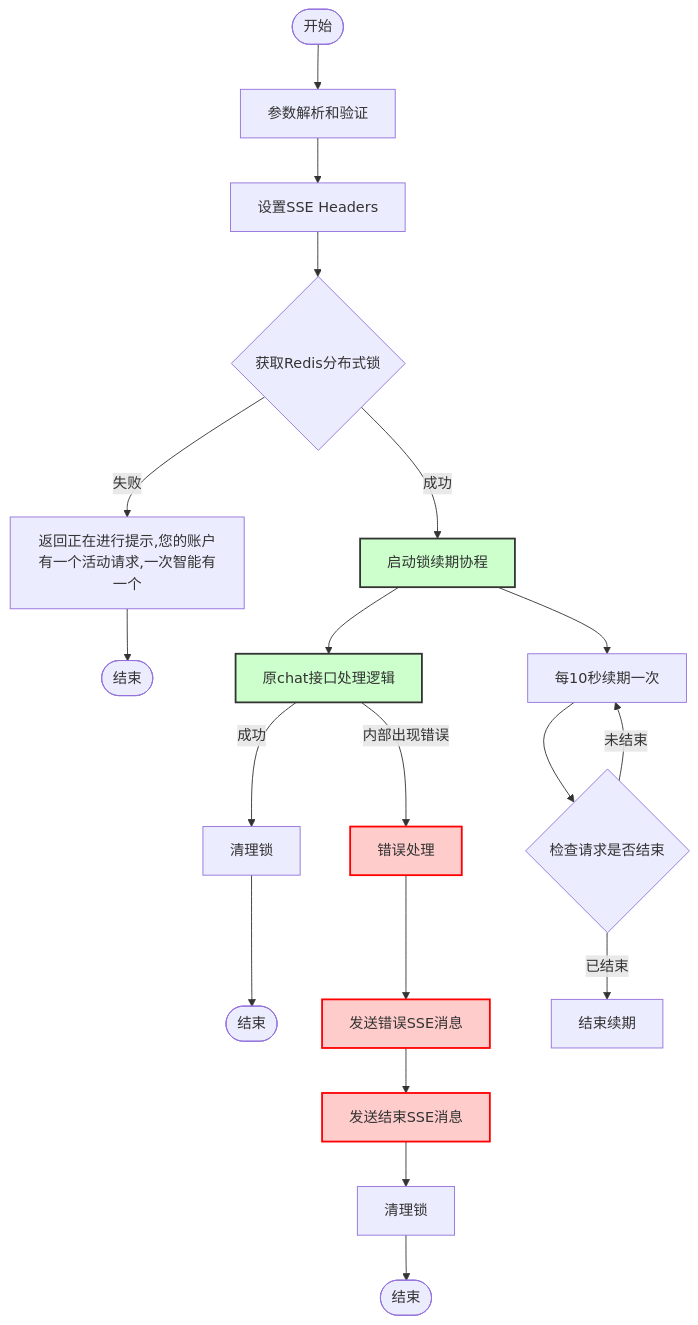
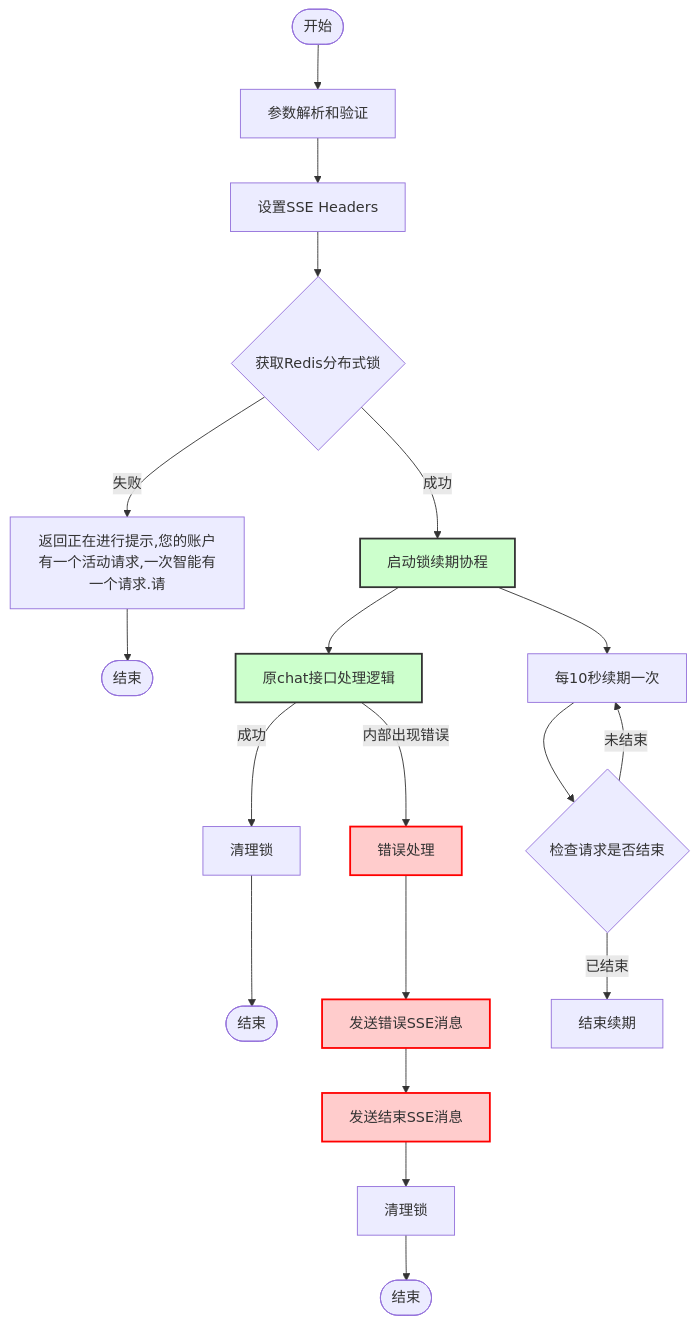
Before and after one commit to yingjianzh/iodraw-files: the diagram in all/未命名-15.md, drawn with Mermaid.

Commit message:
2025-01-02 17:47:49 update

````diff
--- a/all/未命名-15.md
+++ b/all/未命名-15.md
@@ -1,34 +1,34 @@
 ```mermaid
 flowchart TD
     Start([开始]) --> A[参数解析和验证]
     A --> B[设置SSE Headers]
     B --> C{获取Redis分布式锁}
     
-    C -->|失败| D[返回正在进行提示,您的账户有一个活动请求,一次智能有一个]
+    C -->|失败| D[返回正在进行提示,您的账户有一个活动请求,一次智能有一个请求.请]
     D --> End1([结束])
     
     C -->|成功| E[启动锁续期协程]
     E --> F[原chat接口处理逻辑]
     
     F -->|内部出现错误| G[错误处理]
      %% 正常结束流程
     F -->|成功| N[清理锁]
     N --> End3([结束])
     
     %% 错误处理流程
     G --> K[发送错误SSE消息]
     K --> L[发送结束SSE消息]
     L --> M[清理锁]
     M --> End2([结束])
     
     %% 锁续期协程
     E --> O[每10秒续期一次]
     O --> P{检查请求是否结束}
     P -->|未结束| O
     P -->|已结束| Q[结束续期]
     
     classDef error fill:#ffcccc,stroke:#ff0000,stroke-width:2px
     classDef normal fill:#ccffcc,stroke:#333,stroke-width:2px
     class G,K,L error
     class E,F,I,J normal
 ```
````
